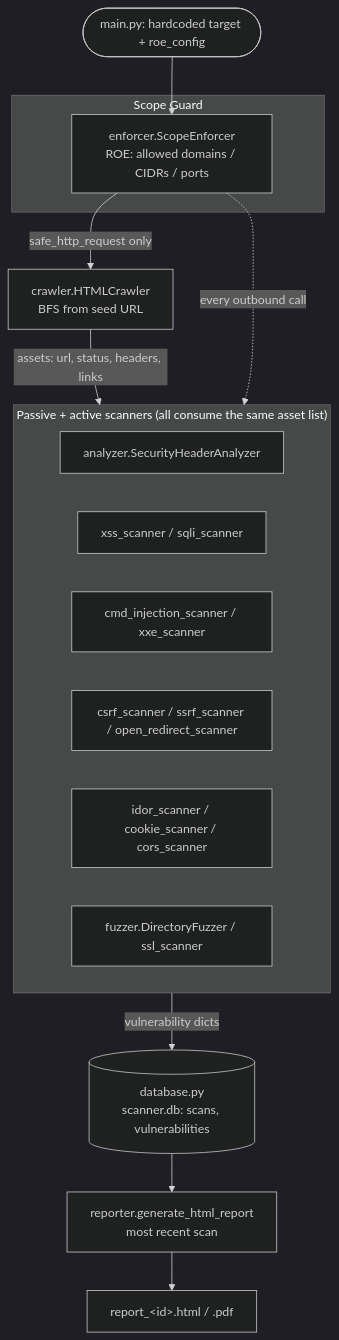
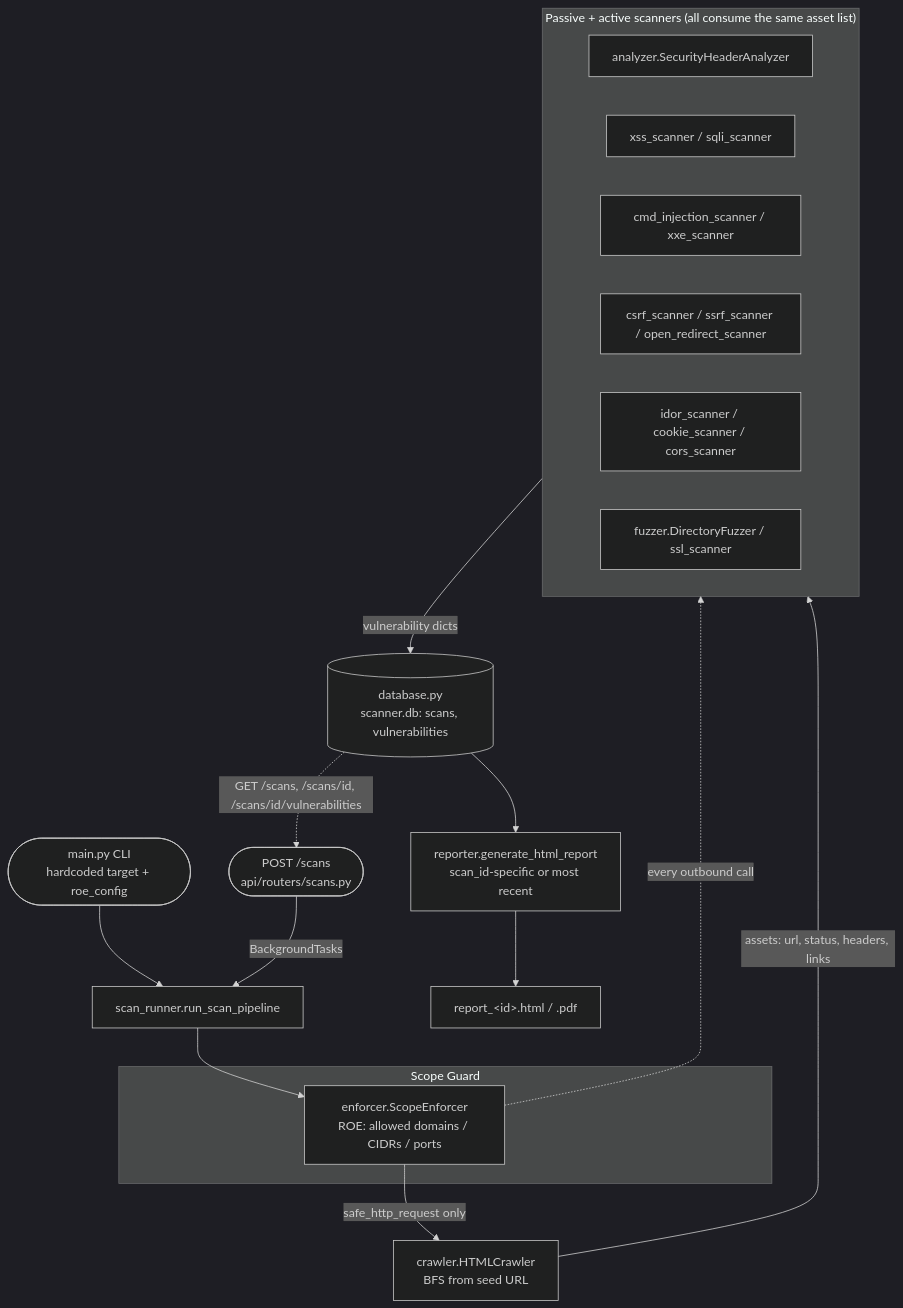
Before and after one commit to James-Agall/SecuritScanner: the diagram in README.md, drawn with Mermaid (dark theme). The commit also changed other lines of this file and 37 other files, not shown here.

````diff
--- a/README.md
+++ b/README.md
@@ -48,24 +48,29 @@
 ```mermaid
 flowchart TD
+    CLI([main.py CLI<br/>hardcoded target + roe_config]) --> RUNNER
+    API([POST /scans<br/>api/routers/scans.py]) -->|BackgroundTasks| RUNNER
+
+    RUNNER[scan_runner.run_scan_pipeline] --> ENF
+
     subgraph Guard["Scope Guard"]
         ENF[enforcer.ScopeEnforcer<br/>ROE: allowed domains / CIDRs / ports]
     end
 
-    CRAWL[crawler.HTMLCrawler<br/>BFS from seed URL] -->|assets: url, status, headers, links| FANOUT
+    ENF -->|safe_http_request only| CRAWL[crawler.HTMLCrawler<br/>BFS from seed URL]
+    CRAWL -->|assets: url, status, headers, links| FANOUT
 
     subgraph FANOUT["Passive + active scanners (all consume the same asset list)"]
         A1[analyzer.SecurityHeaderAnalyzer]
         A2[xss_scanner / sqli_scanner]
         A3[cmd_injection_scanner / xxe_scanner]
         A4[csrf_scanner / ssrf_scanner / open_redirect_scanner]
         A5[idor_scanner / cookie_scanner / cors_scanner]
         A6[fuzzer.DirectoryFuzzer / ssl_scanner]
     end
 
-    SEED([main.py: hardcoded target + roe_config]) --> ENF
-    ENF -->|safe_http_request only| CRAWL
     ENF -.every outbound call.-> FANOUT
     FANOUT -->|vulnerability dicts| DB[(database.py<br/>scanner.db: scans, vulnerabilities)]
-    DB --> REPORT[reporter.generate_html_report<br/>most recent scan]
+    DB --> REPORT[reporter.generate_html_report<br/>scan_id-specific or most recent]
     REPORT --> OUT[report_&lt;id&gt;.html / .pdf]
+    DB -.GET /scans, /scans/id, /scans/id/vulnerabilities.-> API
 ```
````
